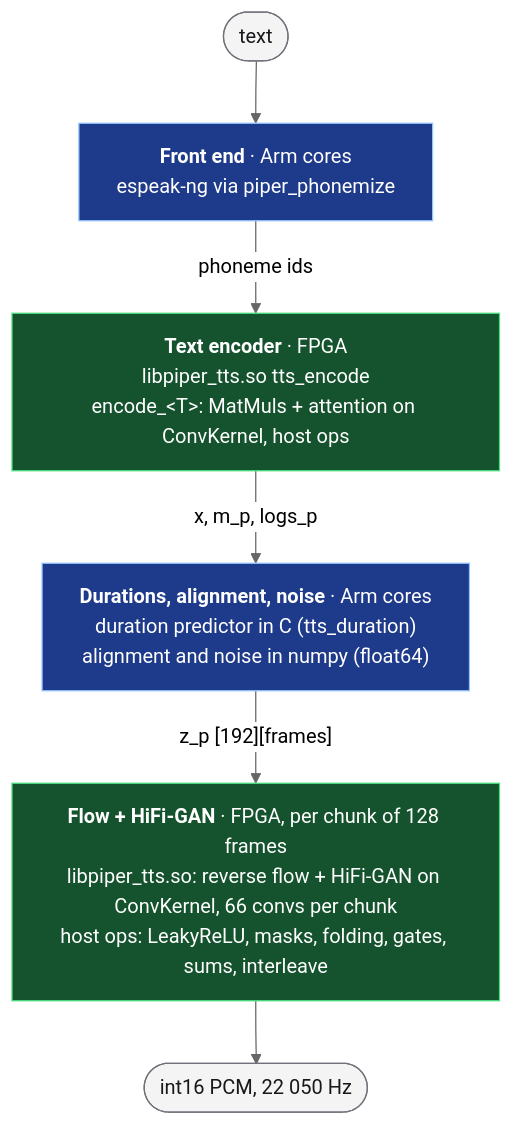
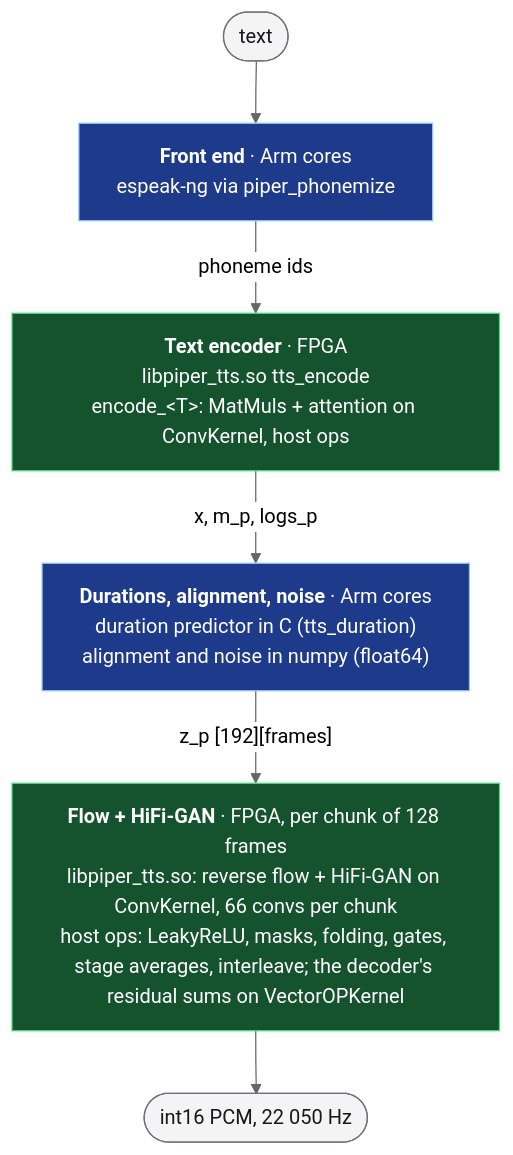
The diagram in demo/tts/README.md (phoenix367/cormorant), drawn with Mermaid (neutral theme) before and after one commit. The commit also changed other lines of this file and 344 other files, not shown here.

````diff
--- a/demo/tts/README.md
+++ b/demo/tts/README.md
@@ -15,23 +15,23 @@
 ```mermaid
 %%{init: {"flowchart": {"wrappingWidth": 330}}}%%
 flowchart TB
     text(["text"])
     fe["<b>Front end</b> · Arm cores<br/>espeak-ng via piper_phonemize"]
     enc["<b>Text encoder</b> · FPGA<br/>libpiper_tts.so tts_encode<br/>encode_#lt;T#gt;: MatMuls + attention on ConvKernel, host ops"]
     dur["<b>Durations, alignment, noise</b> · Arm cores<br/>duration predictor in C (tts_duration)<br/>alignment and noise in numpy (float64)"]
-    dec["<b>Flow + HiFi-GAN</b> · FPGA, per chunk of 128 frames<br/>libpiper_tts.so: reverse flow + HiFi-GAN on ConvKernel, 66 convs per chunk<br/>host ops: LeakyReLU, masks, folding, gates, sums, interleave"]
+    dec["<b>Flow + HiFi-GAN</b> · FPGA, per chunk of 128 frames<br/>libpiper_tts.so: reverse flow + HiFi-GAN on ConvKernel, 66 convs per chunk<br/>host ops: LeakyReLU, masks, folding, gates, stage averages, interleave; the decoder's residual sums on VectorOPKernel"]
     pcm(["int16 PCM, 22 050 Hz"])
 
     text --> fe
     fe -- "phoneme ids" --> enc
     enc -- "x, m_p, logs_p" --> dur
     dur -- "z_p [192][frames]" --> dec
     dec --> pcm
 
     classDef fpga fill:#14532d,stroke:#4ade80,color:#ffffff
     classDef arm fill:#1e3a8a,stroke:#93c5fd,color:#ffffff
     classDef io fill:#f4f4f5,stroke:#71717a,color:#18181b
     class enc,dec fpga
     class fe,dur arm
     class text,pcm io
 ```
````
